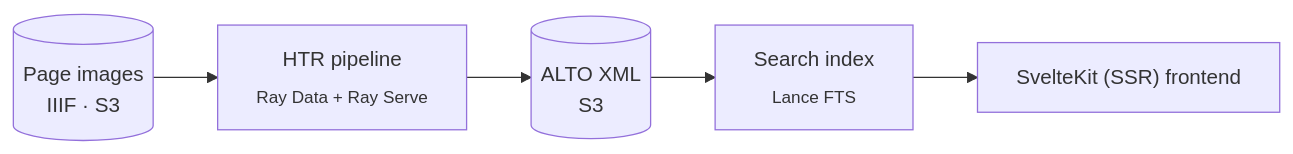
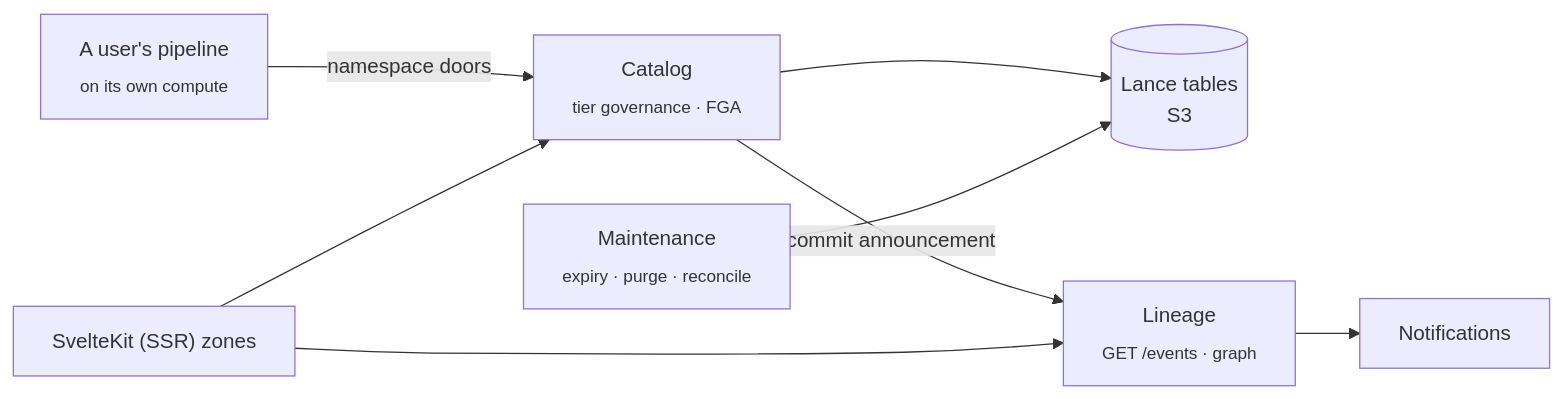
Before and after one commit to AI-Riksarkivet/rask: the diagram in docs/index.md, drawn with Mermaid. The commit also changed other lines of this file and 41 other files, not shown here.

````diff
--- a/docs/index.md
+++ b/docs/index.md
@@ -18,7 +18,10 @@
 ```mermaid
 flowchart LR
-    img[("Page images<br/>IIIF · S3")] --> htr["HTR pipeline<br/><sub>Ray Data + Ray Serve</sub>"]
-    htr --> alto[("ALTO XML<br/>S3")]
-    alto --> idx["Search index<br/><sub>Lance FTS</sub>"]
-    idx --> ui["SvelteKit (SSR) frontend"]
+    pipe["A user's pipeline<br/><sub>on its own compute</sub>"] -->|"namespace doors"| cat["Catalog<br/><sub>tier governance · FGA</sub>"]
+    cat --> store[("Lance tables<br/>S3")]
+    cat -->|"commit announcement"| lin["Lineage<br/><sub>GET /events · graph</sub>"]
+    lin --> notif["Notifications"]
+    maint["Maintenance<br/><sub>expiry · purge · reconcile</sub>"] --> store
+    ui["SvelteKit (SSR) zones"] --> cat
+    ui --> lin
 ```
````
